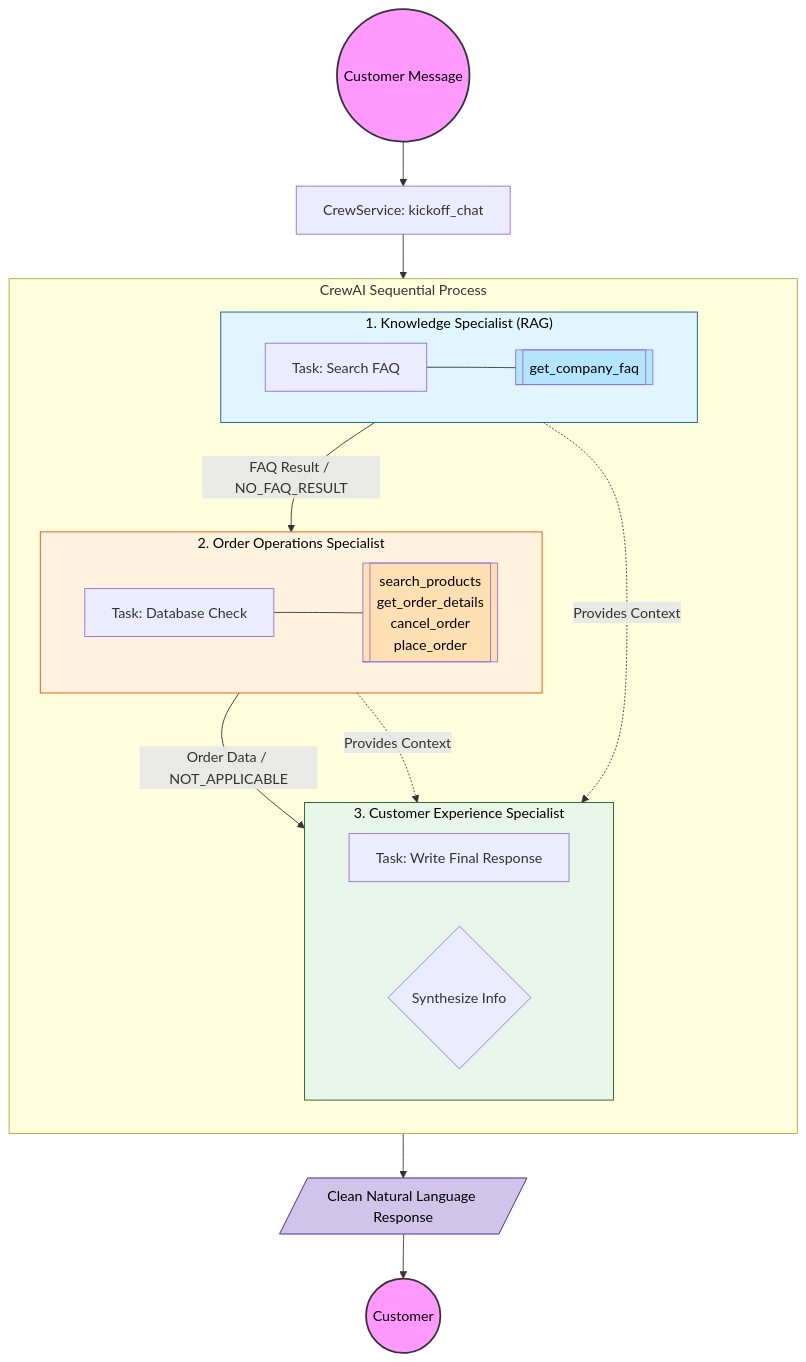
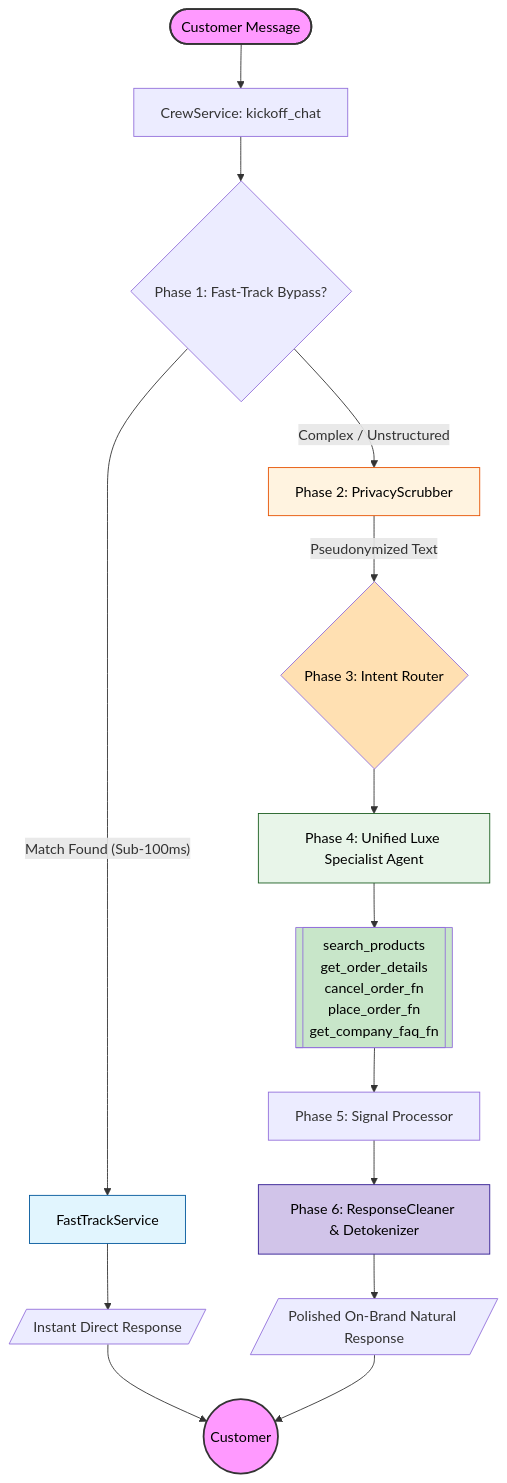
The diagram in system_architecture.md (AliAlTaweel/ai_customer_support), drawn with Mermaid before and after one commit. The commit also changed other lines of this file, not shown here.

Commit message:
docs: modernize system architecture with hybrid pipeline flowchart

````diff
--- a/system_architecture.md
+++ b/system_architecture.md
@@ -7,53 +9,37 @@
 ```mermaid
 graph TD
-    %% Input
-    User((Customer Message)) --> CrewService[CrewService: kickoff_chat]
+    %% Inputs
+    User([Customer Message]) --> CrewService[CrewService: kickoff_chat]
 
-    %% CrewAI Orchestration
-    subgraph "CrewAI Sequential Process"
-        direction TB
+    %% Phase 1: Fast-Track
+    CrewService --> Phase1{Phase 1: Fast-Track Bypass?}
+    Phase1 -- "Match Found (Sub-100ms)" --> FastTrackService[FastTrackService]
+    FastTrackService --> DirectResponse[/Instant Direct Response/]
 
-        %% Agent 1
-        subgraph Agent1 ["1. Knowledge Specialist (RAG)"]
-            A1_Task[Task: Search FAQ]
-            A1_Tool[[get_company_faq]]
-            A1_Task --- A1_Tool
-        end
+    %% Phase 2: Scrubbing & Phase 3: Routing
+    Phase1 -- "Complex / Unstructured" --> PrivacyScrubber[Phase 2: PrivacyScrubber]
+    PrivacyScrubber -- "Pseudonymized Text" --> IntentRouter{Phase 3: Intent Router}
 
-        %% Agent 2
-        subgraph Agent2 ["2. Order Operations Specialist"]
-            A2_Task[Task: Database Check]
-            A2_Tools[["search_products<br/>get_order_details<br/>cancel_order<br/>place_order"]]
-            A2_Task --- A2_Tools
-        end
+    %% Phase 4 & 5: CrewAI & Processing
+    IntentRouter --> UnifiedSpecialist[Phase 4: Unified Luxe Specialist Agent]
+    UnifiedSpecialist --> SpecialistTools[["search_products<br/>get_order_details<br/>cancel_order_fn<br/>place_order_fn<br/>get_company_faq_fn"]]
+    SpecialistTools --> SignalProcessor[Phase 5: Signal Processor]
 
-        %% Agent 3
-        subgraph Agent3 ["3. Customer Experience Specialist"]
-            A3_Task[Task: Write Final Response]
-            A3_Synthesis{Synthesize Info}
-        end
-    end
-
-    %% Flow of data
-    CrewService --> Agent1
-    Agent1 -- "FAQ Result / NO_FAQ_RESULT" --> Agent2
-    Agent2 -- "Order Data / NOT_APPLICABLE" --> Agent3
-    
-    %% Context passing to Final Agent
-    Agent1 -.-> |Provides Context| Agent3
-    Agent2 -.-> |Provides Context| Agent3
+    %% Phase 6: Cleaning
+    SignalProcessor --> ResponseCleaner[Phase 6: ResponseCleaner & Detokenizer]
+    ResponseCleaner --> FinalOutput[/Polished On-Brand Natural Response/]
 
     %% Output
-    Agent3 --> FinalOutput[/Clean Natural Language Response/]
-    FinalOutput --> Result((Customer))
+    DirectResponse --> End((Customer))
+    FinalOutput --> End
 
     %% Styling
     style User fill:#f9f,stroke:#333,stroke-width:2px,color:#000
-    style Result fill:#f9f,stroke:#333,stroke-width:2px,color:#000
-    style Agent1 fill:#e1f5fe,stroke:#01579b,color:#000
-    style Agent2 fill:#fff3e0,stroke:#e65100,color:#000
-    style Agent3 fill:#e8f5e9,stroke:#1b5e20,color:#000
-    style A1_Tool fill:#b3e5fc,color:#000
-    style A2_Tools fill:#ffe0b2,color:#000
-    style FinalOutput fill:#d1c4e9,stroke:#311b92,color:#000
+    style End fill:#f9f,stroke:#333,stroke-width:2px,color:#000
+    style FastTrackService fill:#e1f5fe,stroke:#01579b,color:#000
+    style PrivacyScrubber fill:#fff3e0,stroke:#e65100,color:#000
+    style IntentRouter fill:#ffe0b2,color:#000
+    style UnifiedSpecialist fill:#e8f5e9,stroke:#1b5e20,color:#000
+    style SpecialistTools fill:#c8e6c9,color:#000
+    style ResponseCleaner fill:#d1c4e9,stroke:#311b92,color:#000
 ```
````
